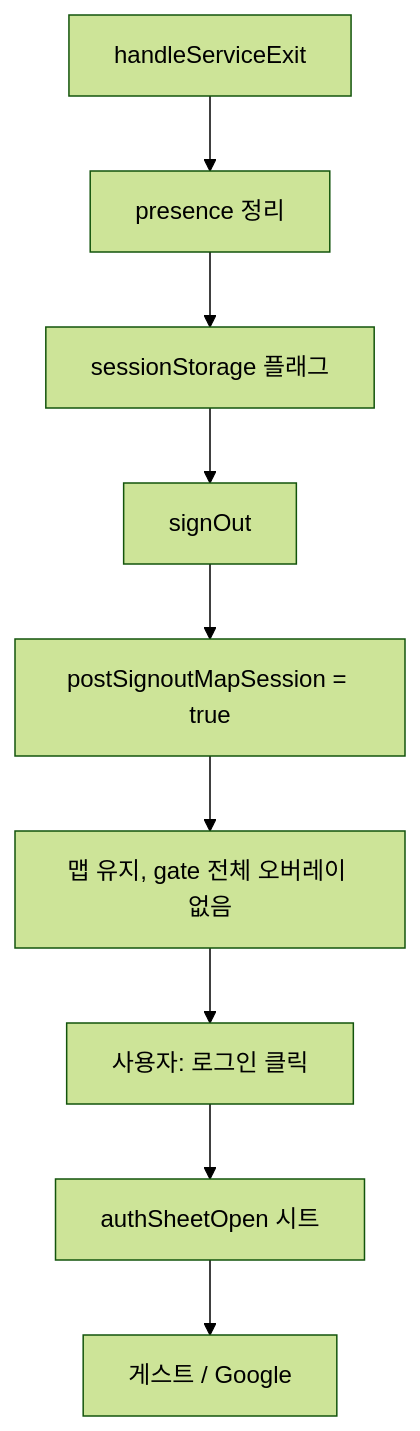
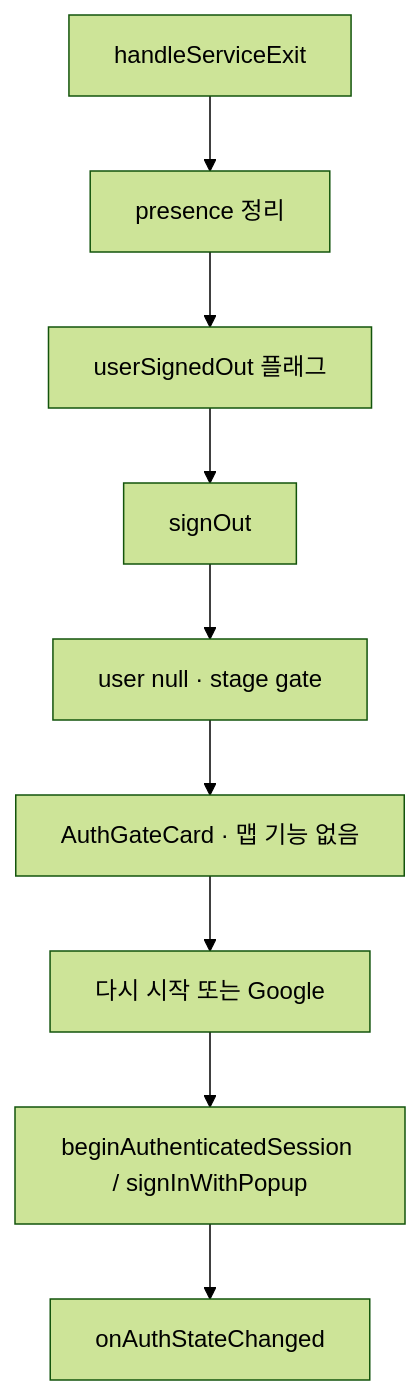
Before and after one commit to parkstery/boxcycle: the second of 2 diagrams in document/260515-로그인-인증-코드-위치-및-흐름-보고서.md, drawn with Mermaid (forest theme). The commit also changed other lines of this file and 3 other files, not shown here.

````diff
--- a/document/260515-로그인-인증-코드-위치-및-흐름-보고서.md
+++ b/document/260515-로그인-인증-코드-위치-및-흐름-보고서.md
@@ -279,11 +275,11 @@
 ```mermaid
 flowchart TD
   A[handleServiceExit] --> B[presence 정리]
-  B --> C[sessionStorage 플래그]
+  B --> C[userSignedOut 플래그]
   C --> D[signOut]
-  D --> E[postSignoutMapSession = true]
-  E --> F[맵 유지, gate 전체 오버레이 없음]
-  F --> G[사용자: 로그인 클릭]
-  G --> H[authSheetOpen 시트]
-  H --> K[게스트 / Google]
+  D --> E[user null · stage gate]
+  E --> F[AuthGateCard · 맵 기능 없음]
+  F --> G[다시 시작 또는 Google]
+  G --> H[beginAuthenticatedSession / signInWithPopup]
+  H --> I[onAuthStateChanged]
 ```
````
